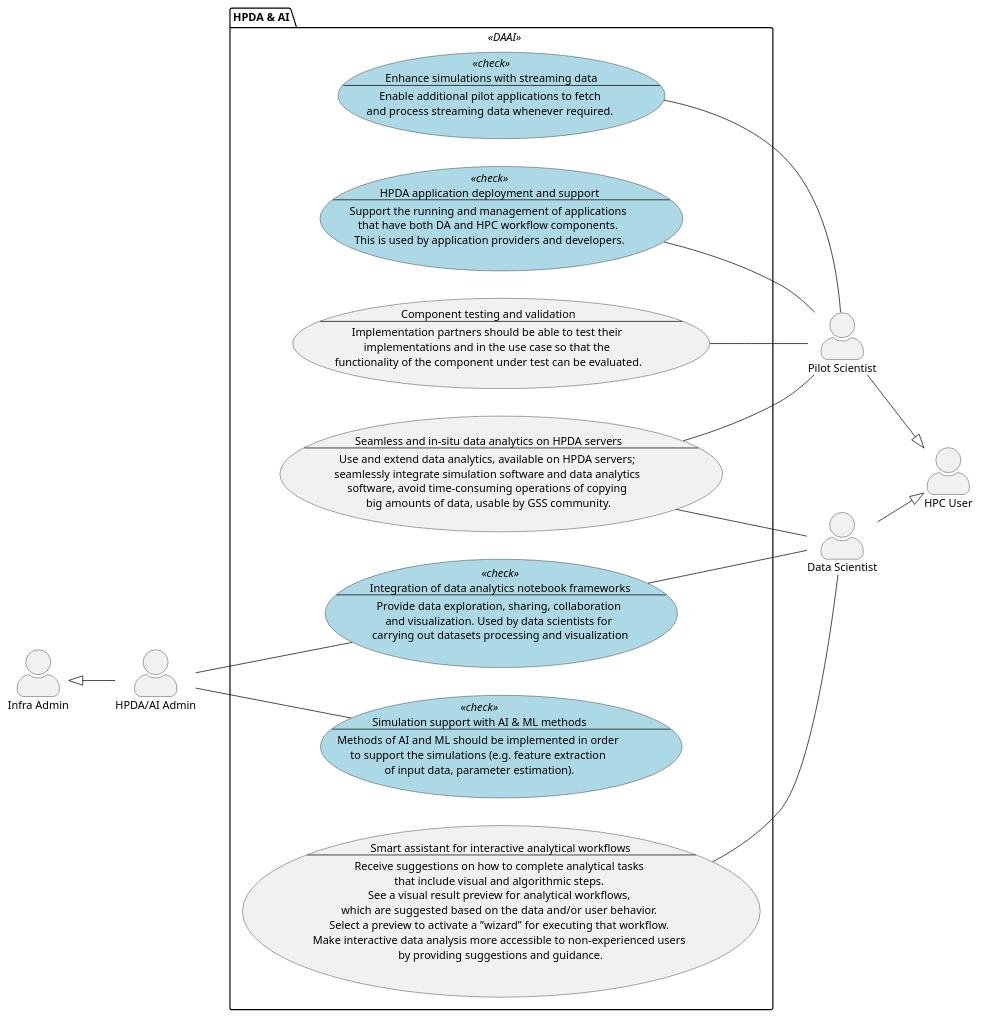
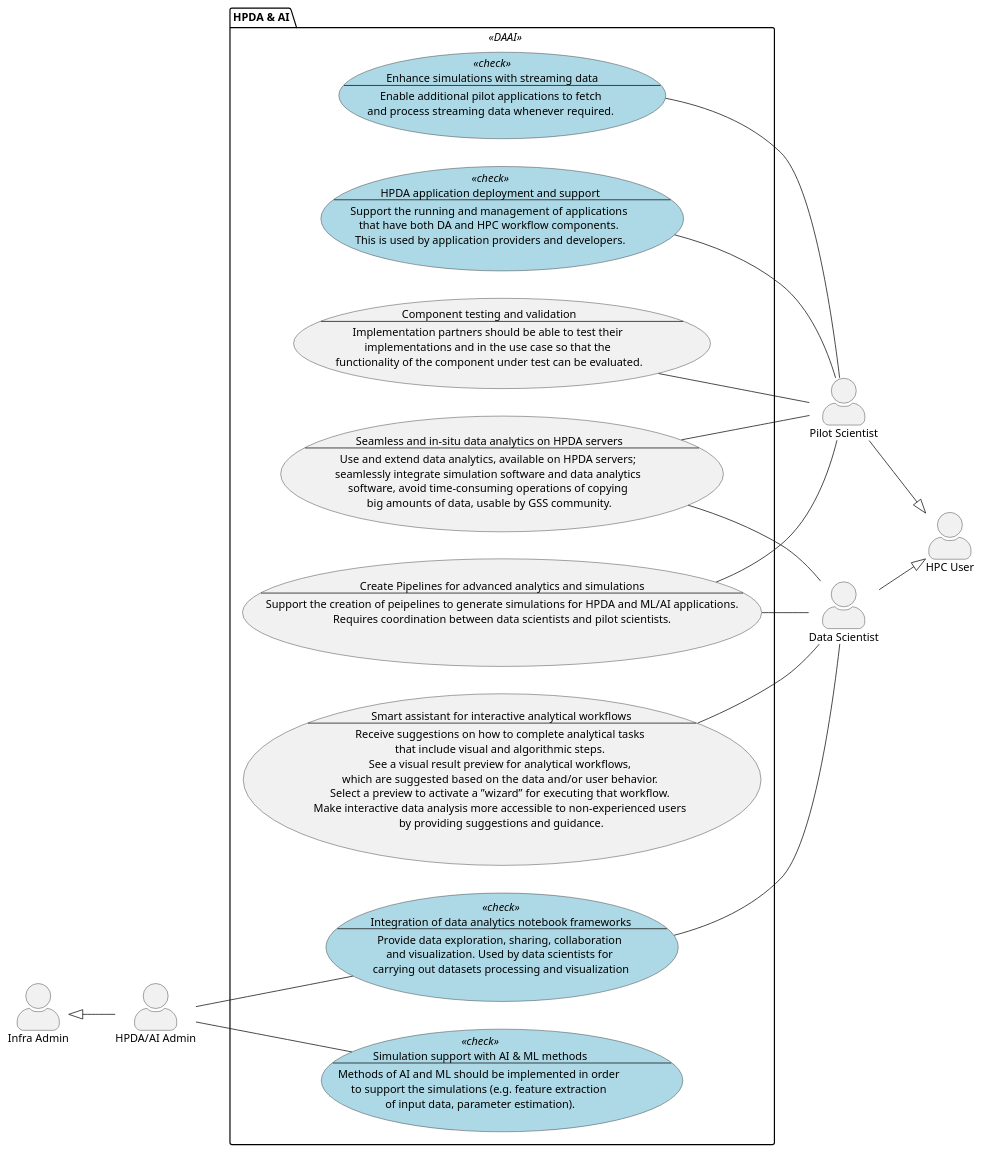
The diagram in uml_diagrams/uc_diagrams/d2.1/hidalgo_hpda_ai.puml (feelpp/hid2-requirements), drawn with PlantUML before and after one commit.

Commit message:
add new use case

```diff
--- a/uml_diagrams/uc_diagrams/d2.1/hidalgo_hpda_ai.puml
+++ b/uml_diagrams/uc_diagrams/d2.1/hidalgo_hpda_ai.puml
@@ -1,103 +1,116 @@
 @startuml hidalgo2_hpda_ai
 'left to right direction
 skinparam actorStyle awesome
 
 'actors
 actor "Infra Admin" as infra_admin
 actor "HPDA/AI Admin" as hpda_admin
 
 infra_admin <|-d- hpda_admin
 
 'packages
 
 package "HPDA & AI" << DAAI >> {
     left to right direction
 
 
     usecase SCODAAI001 <<check>> as "
     Integration of data analytics notebook frameworks
     --
     Provide data exploration, sharing, collaboration 
     and visualization. Used by data scientists for 
     carrying out datasets processing and visualization
     "
 
     usecase SCODAAI002 <<check>> as "
     Simulation support with AI & ML methods
     --
     Methods of AI and ML should be implemented in order 
     to support the simulations (e.g. feature extraction 
     of input data, parameter estimation).
     "
 
     usecase SCODAAI003 <<check>> as "
     Enhance simulations with streaming data
     --
     Enable additional pilot applications to fetch 
     and process streaming data whenever required. 
     "
 
     usecase SCODAAI004 as "
     Component testing and validation
     --
     Implementation partners should be able to test their 
     implementations and in the use case so that the 
     functionality of the component under test can be evaluated.
     "
 
     usecase SCODAAI005 as "
     Smart assistant for interactive analytical workflows
     --
     Receive suggestions on how to complete analytical tasks 
     that include visual and algorithmic steps. 
     See a visual result preview for analytical workflows, 
     which are suggested based on the data and/or user behavior. 
     Select a preview to activate a ”wizard” for executing that workflow. 
     Make interactive data analysis more accessible to non-experienced users 
     by providing suggestions and guidance.
     "
 
     usecase SCODAAI006 as "
     Seamless and in-situ data analytics on HPDA servers
     --
     Use and extend data analytics, available on HPDA servers; 
     seamlessly integrate simulation software and data analytics 
     software, avoid time-consuming operations of copying 
     big amounts of data, usable by GSS community.
     "
 
     usecase SCODAAI007 <<check>> as "
     HPDA application deployment and support
     --
     Support the running and management of applications 
     that have both DA and HPC workflow components. 
     This is used by application providers and developers.
     "
 
+    usecase SCODAAI008  as "
+    Create Pipelines for advanced analytics and simulations
+    --
+    Support the creation of peipelines to generate simulations for HPDA and ML/AI applications.
+    Requires coordination between data scientists and pilot scientists.
+    "
+
 }
 
 actor "HPC User" as hpc_user
 actor "Pilot Scientist" as pilot_scientist
 actor "Data Scientist" as data_scientist
 
 pilot_scientist -d-|> hpc_user
 data_scientist -d-|> hpc_user
 
 hpda_admin -d- SCODAAI001
 hpda_admin -d- SCODAAI002
 
 data_scientist -u- SCODAAI001
 data_scientist -u- SCODAAI005
 data_scientist -u- SCODAAI006
 
 pilot_scientist -u- SCODAAI003
 pilot_scientist -u- SCODAAI004
 pilot_scientist -u- SCODAAI006
 pilot_scientist -u- SCODAAI007
 
+pilot_scientist -u- SCODAAI008
+data_scientist -u- SCODAAI008
+
+
+
+
 
 skinparam usecase<<check>> {
     BackgroundColor LightBlue
 }
 
 @enduml
```
